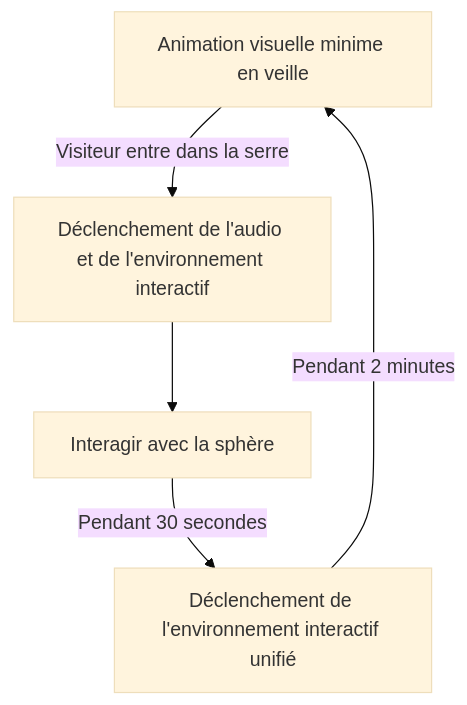
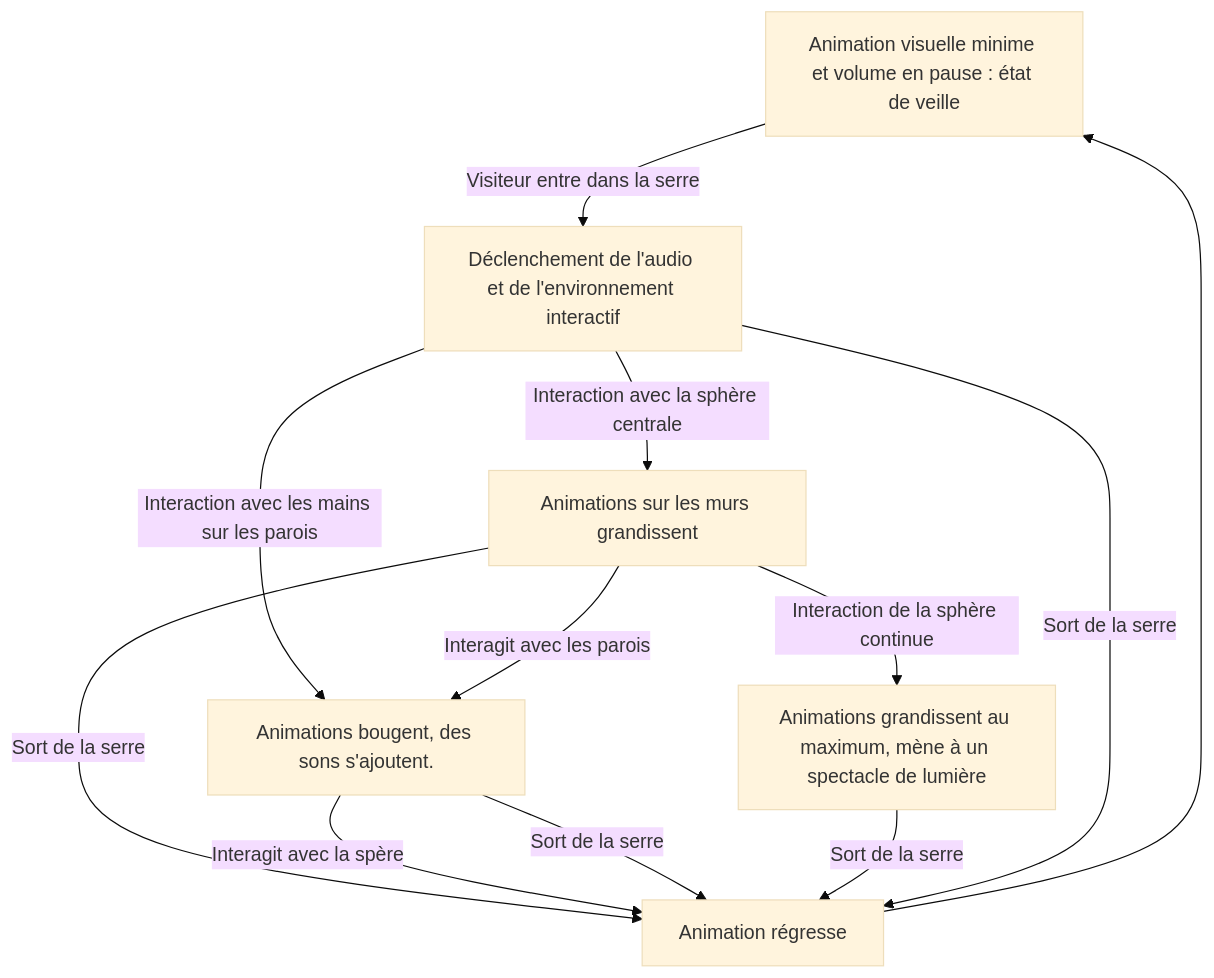
The diagram in 20_intention/30_scenario/README.md (tprangers/internature), drawn with Mermaid (base theme) before and after one commit. The commit also changed other lines of this file, not shown here.

Commit message:
Ajout du mermaid modifié

````diff
--- a/20_intention/30_scenario/README.md
+++ b/20_intention/30_scenario/README.md
@@ -13,8 +3,14 @@
 ```mermaid
 flowchart TD
-    A[Animation visuelle minime et volume en pause : état de veille] -->|Visiteur entre dans la serre| B[Déclenchement de l'audio et de l'environnement interactif]
-    B --> C[Interagir avec la sphère]
-    C -->|Pendant 30 secondes| D[Déclenchement de l'environnement interactif unifié] 
-    D --> |Pendant 2 minutes| A[Animation visuelle minime en veille]
-
+A[Animation visuelle minime et volume en pause : état de veille] --> |Visiteur entre dans la serre| B[Déclenchement de l'audio et de l'environnement interactif]
+B --> |Interaction avec la sphère centrale| C[Animations sur les murs grandissent]
+B --> |Interaction avec les mains sur les parois| D[Animations bougent, des sons s'ajoutent.]
+C --> |Interaction de la sphère continue| E[Animations grandissent au maximum, mène à un spectacle de lumière]
+C --> |Interagit avec les parois| D
+C --> |Sort de la serre| F
+D --> |Interagit avec la spère| F
+D --> |Sort de la serre| F
+E --> |Sort de la serre| F
+B --> |Sort de la serre| F[Animation régresse]
+F --> A
 ```
````
